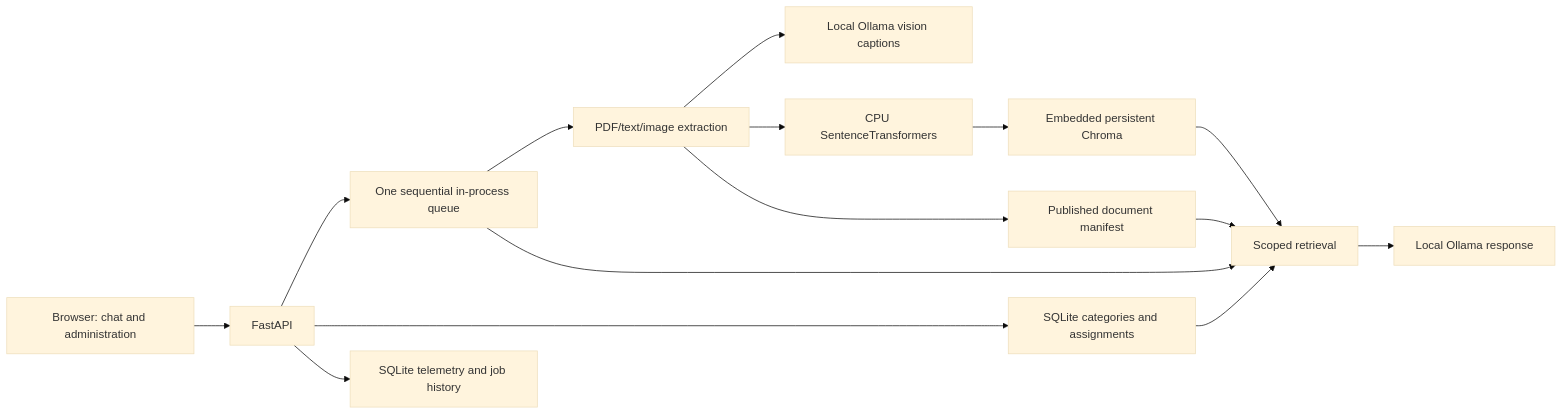
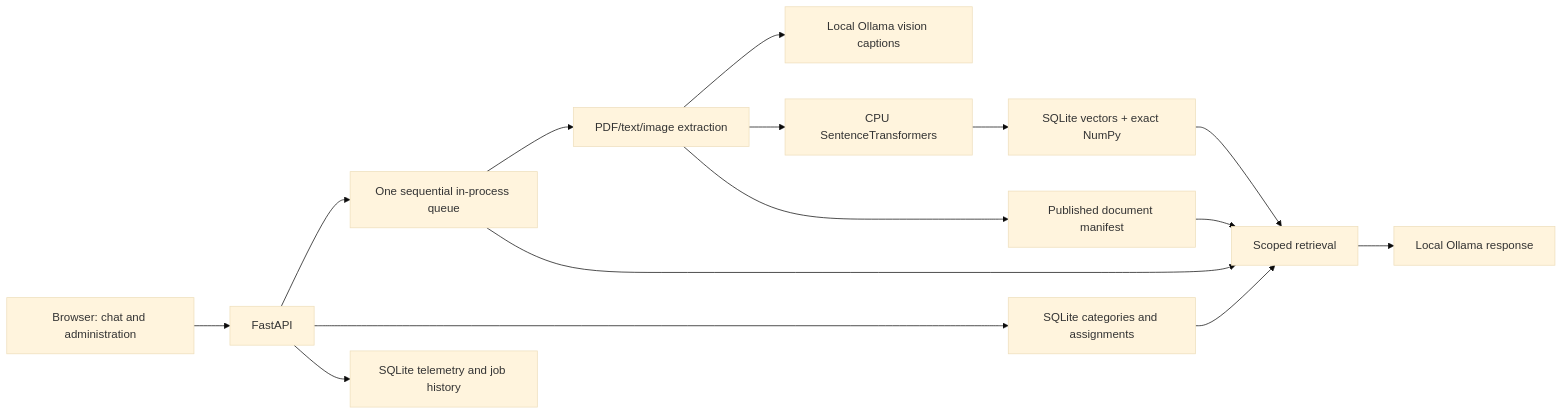
One commit to tunelko/rag-lab changed the diagram in docs/AUDIT.md. Above: the diagram before and after it, drawn with Mermaid (base theme). The commit also changed other lines of this file and 18 other files, not shown here.

````diff
--- a/docs/AUDIT.md
+++ b/docs/AUDIT.md
@@ -15,17 +15,17 @@
 ```mermaid
 flowchart LR
     Web[Browser: chat and administration] --> API[FastAPI]
     API --> Jobs[One sequential in-process queue]
     API --> Topics[SQLite categories and assignments]
     Jobs --> Ingest[PDF/text/image extraction]
     Ingest --> Captions[Local Ollama vision captions]
     Ingest --> Embeddings[CPU SentenceTransformers]
-    Embeddings --> Vectors[Embedded persistent Chroma]
+    Embeddings --> Vectors[SQLite vectors + exact NumPy]
     Ingest --> Manifest[Published document manifest]
     Jobs --> Retrieval[Scoped retrieval]
     Topics --> Retrieval
     Manifest --> Retrieval
     Vectors --> Retrieval
     Retrieval --> Generation[Local Ollama response]
     API --> History[SQLite telemetry and job history]
 ```
````
